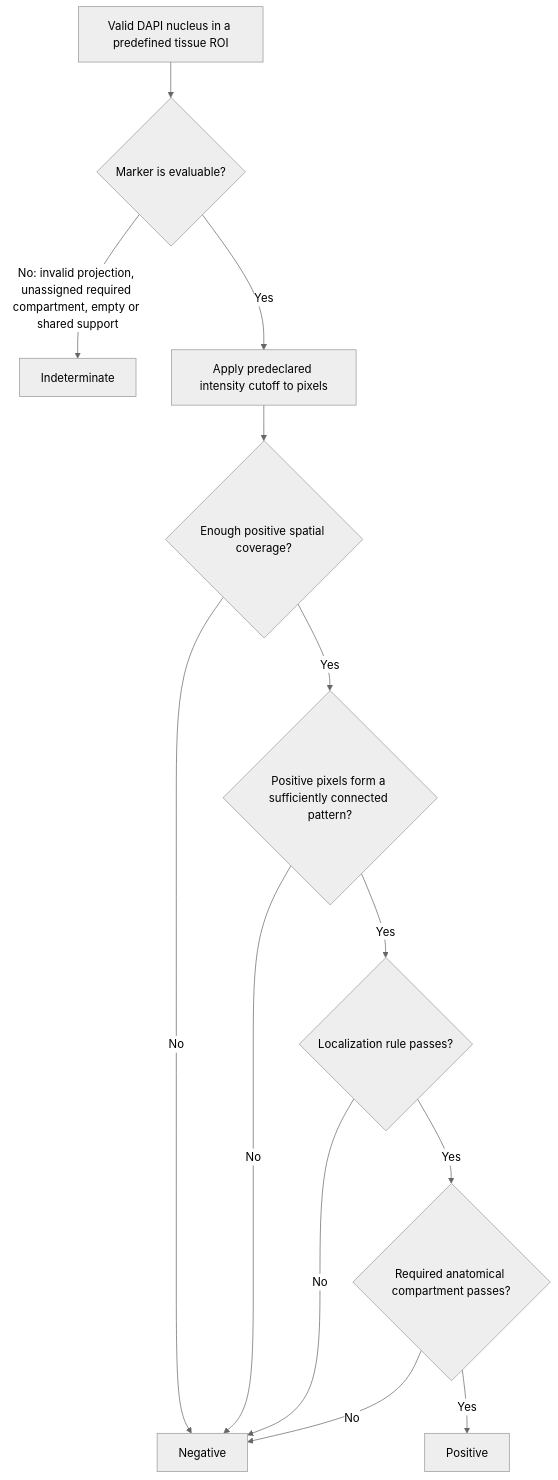
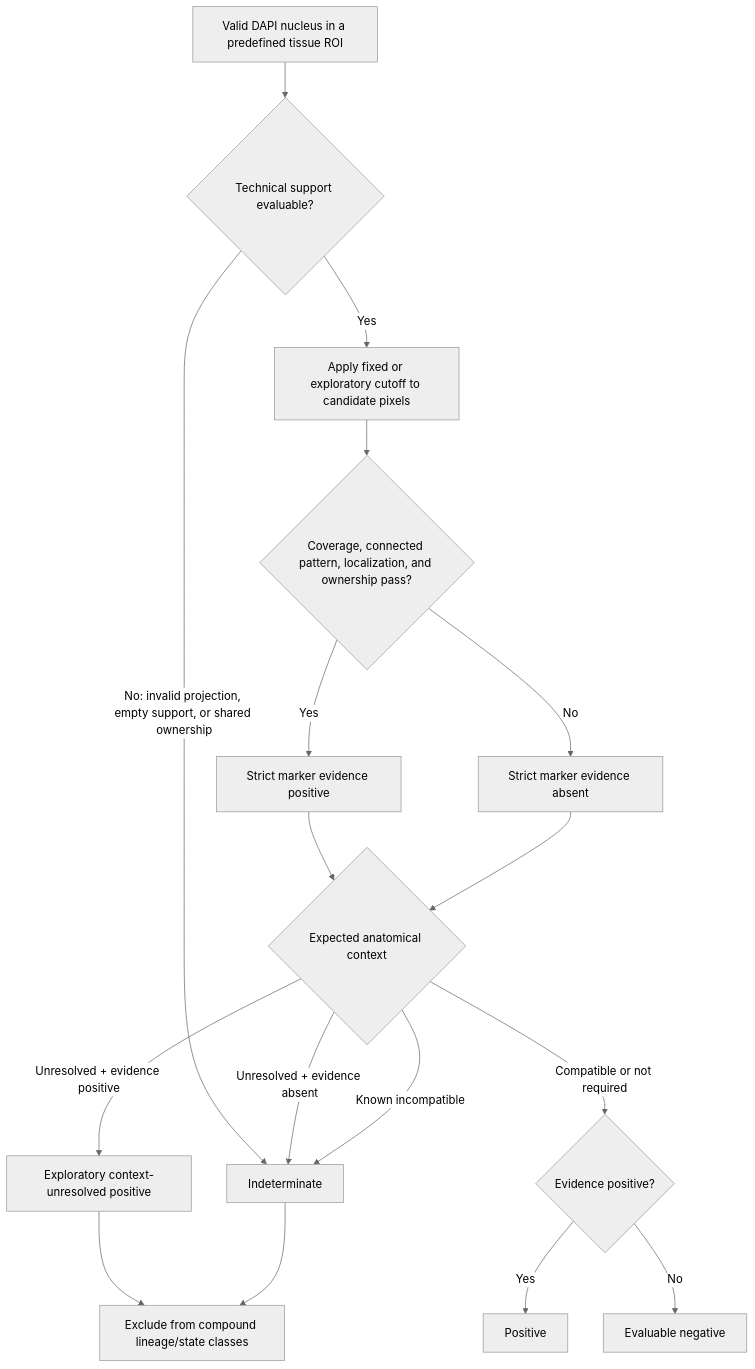
One commit to xorca0711/IFQuant-Lung changed the diagram in docs/MARKER_MORPHOLOGY_GUIDE.md. Above: the diagram before and after it, drawn with Mermaid (neutral theme). The commit also changed other lines of this file and 10 other files, not shown here.

Commit message:
Refine compartment-aware marker calling and reporting

````diff
--- a/docs/MARKER_MORPHOLOGY_GUIDE.md
+++ b/docs/MARKER_MORPHOLOGY_GUIDE.md
@@ -15,15 +15,19 @@
 ```mermaid
 flowchart TD
-    A[Valid DAPI nucleus in a predefined tissue ROI] --> B{Marker is evaluable?}
-    B -- No: invalid projection, unassigned required compartment, empty or shared support --> I[Indeterminate]
-    B -- Yes --> C[Apply predeclared intensity cutoff to pixels]
-    C --> D{Enough positive spatial coverage?}
-    D -- No --> N[Negative]
-    D -- Yes --> E{Positive pixels form a sufficiently connected pattern?}
-    E -- No --> N
-    E -- Yes --> F{Localization rule passes?}
-    F -- No --> N
-    F -- Yes --> G{Required anatomical compartment passes?}
-    G -- No --> N
-    G -- Yes --> P[Positive]
+    A[Valid DAPI nucleus in a predefined tissue ROI] --> B{Technical support evaluable?}
+    B -- No: invalid projection, empty support, or shared ownership --> I[Indeterminate]
+    B -- Yes --> C[Apply fixed or exploratory cutoff to candidate pixels]
+    C --> D{Coverage, connected pattern, localization, and ownership pass?}
+    D -- Yes --> E[Strict marker evidence positive]
+    D -- No --> F[Strict marker evidence absent]
+    E --> G{Expected anatomical context}
+    F --> G
+    G -- Compatible or not required --> H{Evidence positive?}
+    H -- Yes --> P[Positive]
+    H -- No --> N[Evaluable negative]
+    G -- Unresolved + evidence positive --> U[Exploratory context-unresolved positive]
+    G -- Unresolved + evidence absent --> I
+    G -- Known incompatible --> I
+    U --> X[Exclude from compound lineage/state classes]
+    I --> X
 ```
````
